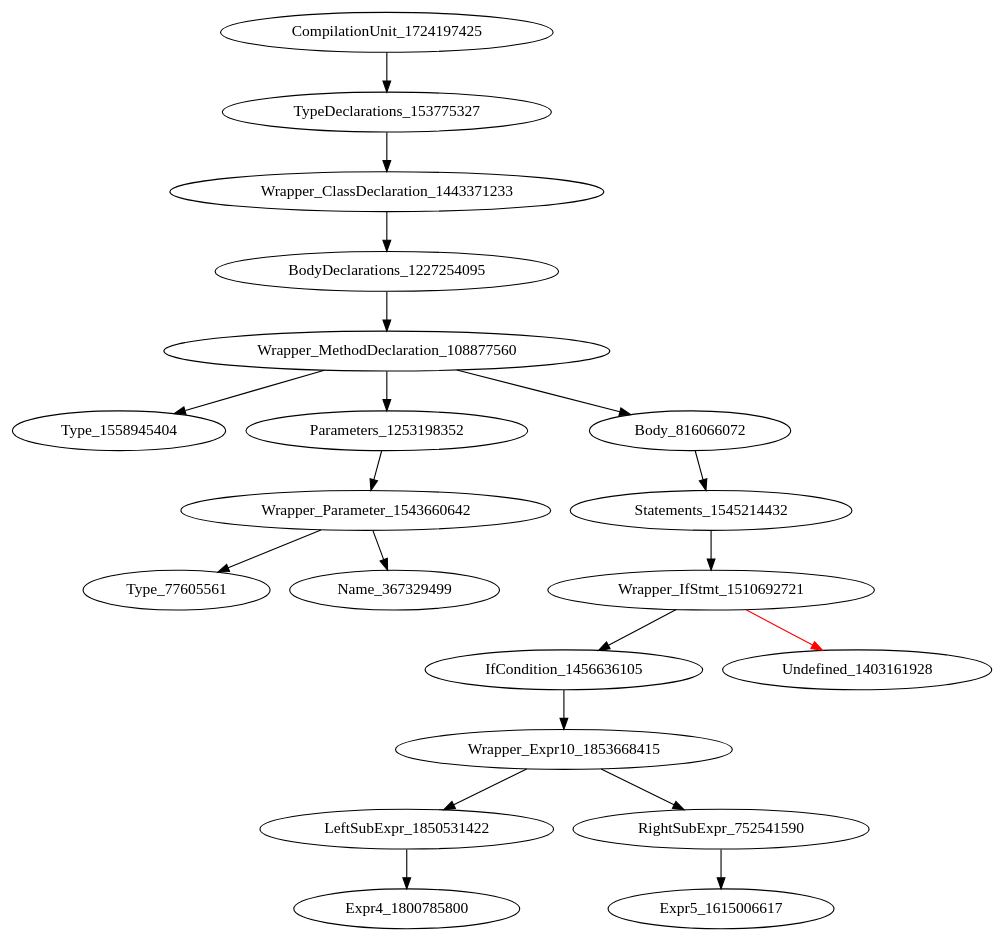
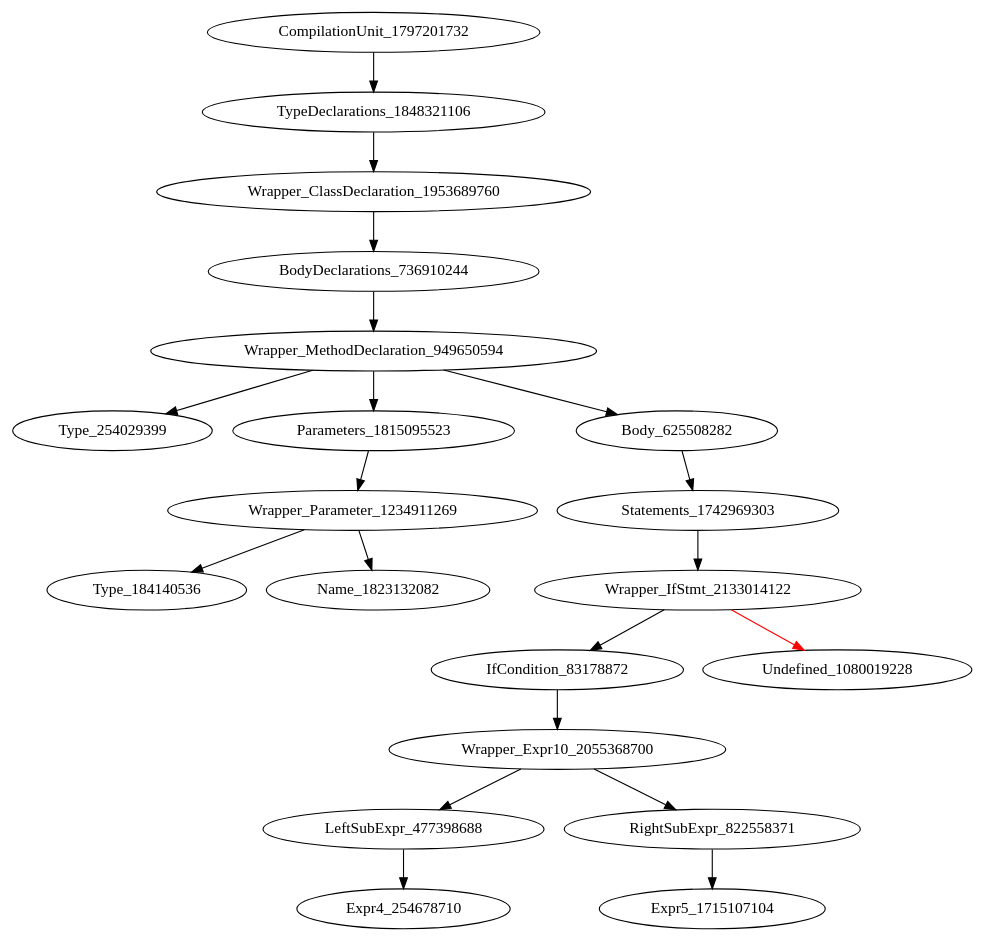
One commit to icse2023material/VoiceJava changed the diagram in holeAST.dot. Above: the diagram before and after it, drawn with Graphviz. The commit also changed 14 other files, not shown here.

```diff
--- a/holeAST.dot
+++ b/holeAST.dot
@@ -1,21 +1,21 @@
 digraph {
-CompilationUnit_1724197425 -> TypeDeclarations_153775327
-TypeDeclarations_153775327 -> Wrapper_ClassDeclaration_1443371233
-Wrapper_ClassDeclaration_1443371233 -> BodyDeclarations_1227254095
-BodyDeclarations_1227254095 -> Wrapper_MethodDeclaration_108877560
-Wrapper_MethodDeclaration_108877560 -> Type_1558945404
-Wrapper_MethodDeclaration_108877560 -> Parameters_1253198352
-Wrapper_MethodDeclaration_108877560 -> Body_816066072
-Parameters_1253198352 -> Wrapper_Parameter_1543660642
-Body_816066072 -> Statements_1545214432
-Wrapper_Parameter_1543660642 -> Type_77605561
-Wrapper_Parameter_1543660642 -> Name_367329499
-Statements_1545214432 -> Wrapper_IfStmt_1510692721
-Wrapper_IfStmt_1510692721 -> IfCondition_1456636105
-Wrapper_IfStmt_1510692721 -> Undefined_1403161928 [color = red] 
-IfCondition_1456636105 -> Wrapper_Expr10_1853668415
-Wrapper_Expr10_1853668415 -> LeftSubExpr_1850531422
-Wrapper_Expr10_1853668415 -> RightSubExpr_752541590
-LeftSubExpr_1850531422 -> Expr4_1800785800
-RightSubExpr_752541590 -> Expr5_1615006617
+CompilationUnit_1797201732 -> TypeDeclarations_1848321106
+TypeDeclarations_1848321106 -> Wrapper_ClassDeclaration_1953689760
+Wrapper_ClassDeclaration_1953689760 -> BodyDeclarations_736910244
+BodyDeclarations_736910244 -> Wrapper_MethodDeclaration_949650594
+Wrapper_MethodDeclaration_949650594 -> Type_254029399
+Wrapper_MethodDeclaration_949650594 -> Parameters_1815095523
+Wrapper_MethodDeclaration_949650594 -> Body_625508282
+Parameters_1815095523 -> Wrapper_Parameter_1234911269
+Body_625508282 -> Statements_1742969303
+Wrapper_Parameter_1234911269 -> Type_184140536
+Wrapper_Parameter_1234911269 -> Name_1823132082
+Statements_1742969303 -> Wrapper_IfStmt_2133014122
+Wrapper_IfStmt_2133014122 -> IfCondition_83178872
+Wrapper_IfStmt_2133014122 -> Undefined_1080019228 [color = red] 
+IfCondition_83178872 -> Wrapper_Expr10_2055368700
+Wrapper_Expr10_2055368700 -> LeftSubExpr_477398688
+Wrapper_Expr10_2055368700 -> RightSubExpr_822558371
+LeftSubExpr_477398688 -> Expr4_254678710
+RightSubExpr_822558371 -> Expr5_1715107104
 }
```
